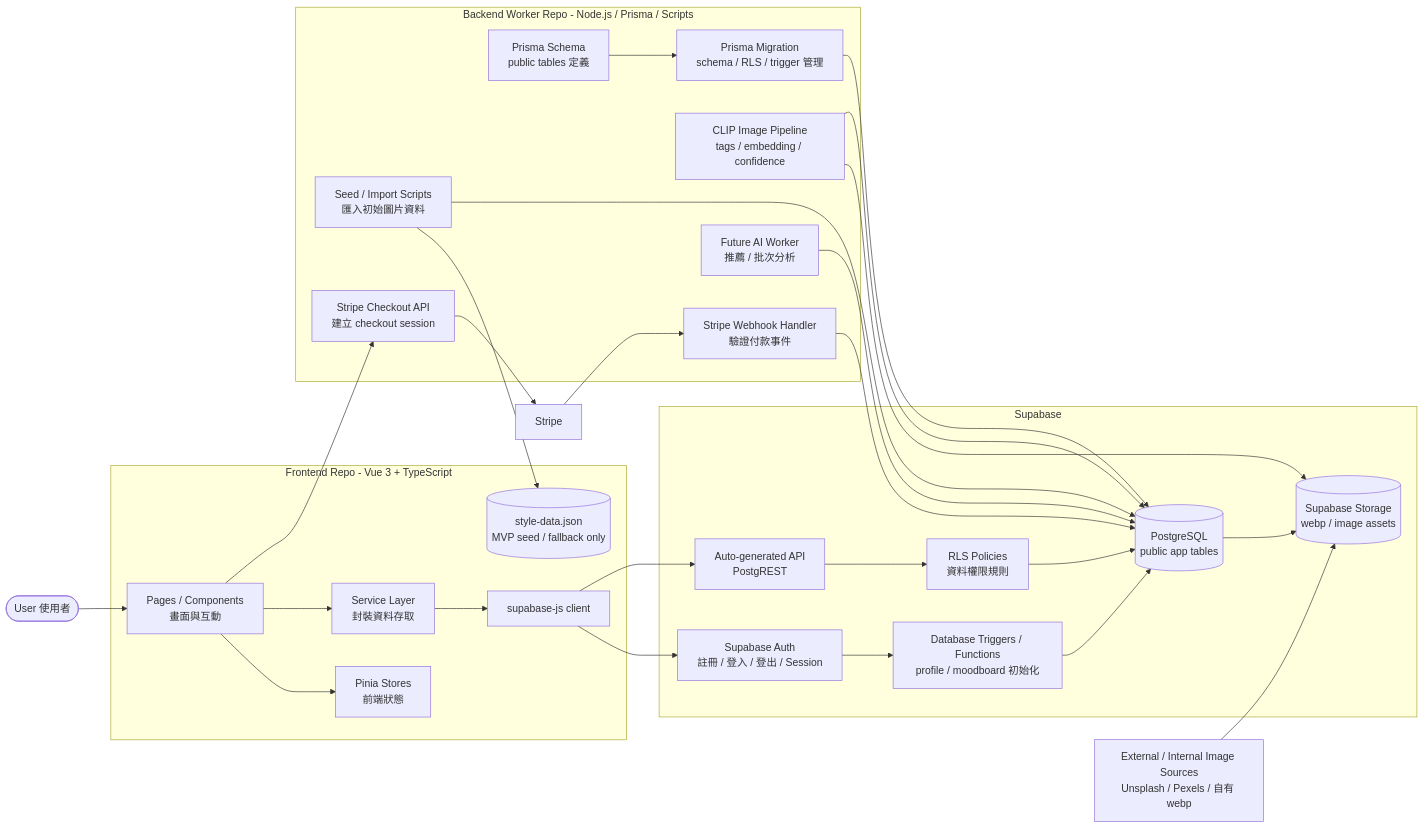
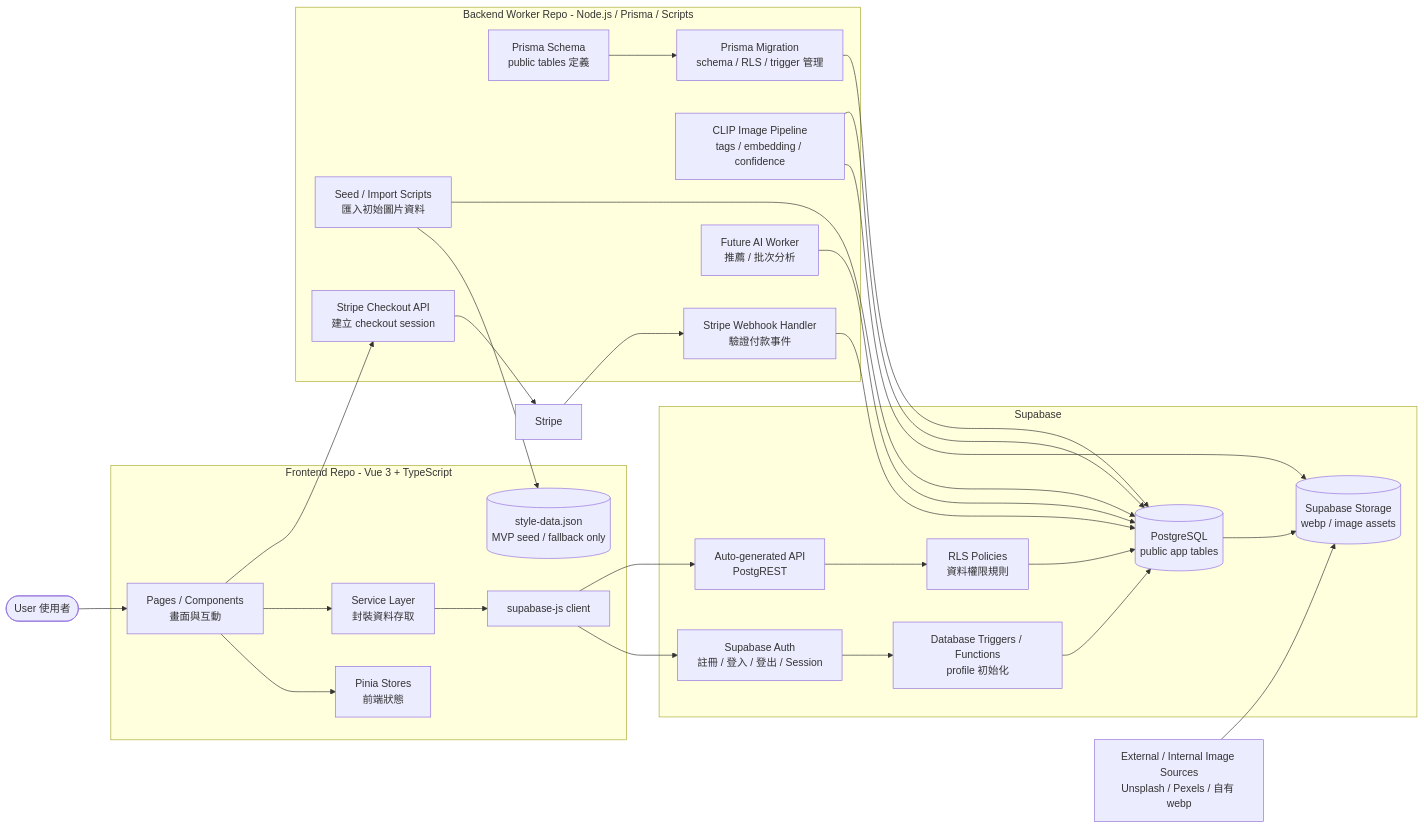
Before and after one commit to asterism-studio/asterism-backend: the first of 4 diagrams in docs/asterism-backend-architecture.md, drawn with Mermaid. The commit also changed other lines of this file and 2 other files, not shown here.

````diff
--- a/docs/asterism-backend-architecture.md
+++ b/docs/asterism-backend-architecture.md
@@ -56,64 +56,64 @@
 ```mermaid
 flowchart LR
   User([User 使用者])
 
   subgraph FE[Frontend Repo - Vue 3 + TypeScript]
     Pages[Pages / Components\n畫面與互動]
     Stores[Pinia Stores\n前端狀態]
     Services[Service Layer\n封裝資料存取]
     SupabaseClient[supabase-js client]
     StyleJson[(style-data.json\nMVP seed / fallback only)]
   end
 
   subgraph SB[Supabase]
     Auth[Supabase Auth\n註冊 / 登入 / 登出 / Session]
     AutoApi[Auto-generated API\nPostgREST]
     RLS[RLS Policies\n資料權限規則]
     DB[(PostgreSQL\npublic app tables)]
-    Triggers[Database Triggers / Functions\nprofile / moodboard 初始化]
+    Triggers[Database Triggers / Functions\nprofile 初始化]
     Storage[(Supabase Storage\nwebp / image assets)]
   end
 
   subgraph BE[Backend Worker Repo - Node.js / Prisma / Scripts]
     PrismaSchema[Prisma Schema\npublic tables 定義]
     PrismaMigration[Prisma Migration\nschema / RLS / trigger 管理]
     Seed[Seed / Import Scripts\n匯入初始圖片資料]
     Clip[CLIP Image Pipeline\ntags / embedding / confidence]
     CheckoutApi[Stripe Checkout API\n建立 checkout session]
     Webhook[Stripe Webhook Handler\n驗證付款事件]
     AiWorker[Future AI Worker\n推薦 / 批次分析]
   end
 
   Stripe[Stripe]
   ExternalImages[External / Internal Image Sources\nUnsplash / Pexels / 自有 webp]
 
   User --> Pages
   Pages --> Stores
   Pages --> Services
   Services --> SupabaseClient
 
   SupabaseClient --> Auth
   SupabaseClient --> AutoApi
   AutoApi --> RLS
   RLS --> DB
 
   Auth --> Triggers
   Triggers --> DB
 
   PrismaSchema --> PrismaMigration
   PrismaMigration --> DB
 
   Seed --> StyleJson
   Seed --> DB
   ExternalImages --> Storage
   Clip --> Storage
   Clip --> DB
   AiWorker --> DB
 
   Pages --> CheckoutApi
   CheckoutApi --> Stripe
   Stripe --> Webhook
   Webhook --> DB
 
   DB --> Storage
 ```
````
